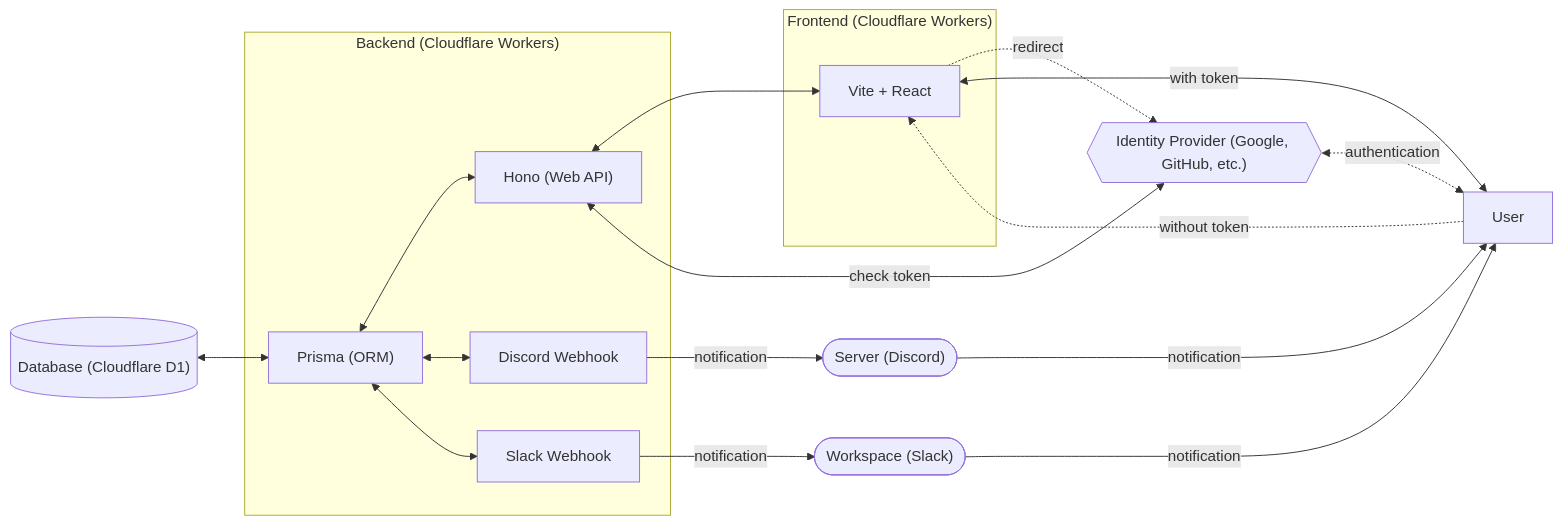
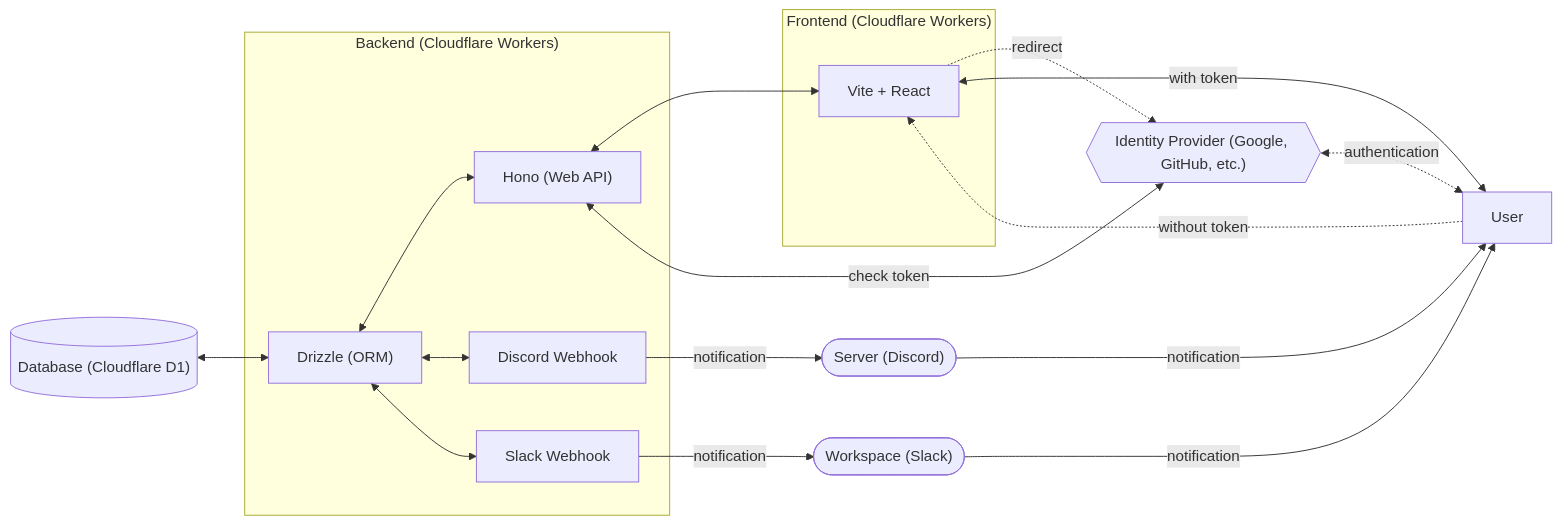
One commit to Myxogastria0808/debt-manager changed the second of 3 diagrams in README.md. Above: the diagram before and after it, drawn with Mermaid. The commit also changed other lines of this file and 2 other files, not shown here.

````diff
--- a/README.md
+++ b/README.md
@@ -127,22 +124,22 @@
 ```mermaid
 graph LR;
-    db[("Database (Cloudflare D1)")] <--> prisma["Prisma (ORM)"]
+    db[("Database (Cloudflare D1)")] <--> drizzle["Drizzle (ORM)"]
     subgraph "Backend (Cloudflare Workers)"
-        prisma["Prisma (ORM)"] <--> hono["Hono (Web API)"]
-        prisma["Prisma (ORM)"] <--> discord["Discord Webhook"]
-        prisma["Prisma (ORM)"] <--> slack["Slack Webhook"]
+        drizzle["Drizzle (ORM)"] <--> hono["Hono (Web API)"]
+        drizzle["Drizzle (ORM)"] <--> discord["Discord Webhook"]
+        drizzle["Drizzle (ORM)"] <--> slack["Slack Webhook"]
     end
     hono["Hono (Web API)"] <--> frontend["Vite + React"]
     subgraph "Frontend (Cloudflare Workers)"
         frontend["Vite + React"]
     end
     idp{{"Identity Provider (Google, GitHub, etc.)"}} <-.authentication.-> user["User"]
     idp{{"Identity Provider (Google, GitHub, etc.)"}} <--check token--> hono["Hono (Web API)"]
     frontend["Vite + React"] -.redirect.-> idp{{"Identity Provider (Google, GitHub, etc.)"}}
     user["User"] <--with token--> frontend["Vite + React"]
     user["User"] -.without token.-> frontend["Vite + React"]
     discord["Discord Webhook"] --notification--> server(["Server (Discord)"])
     slack["Slack Webhook"] --notification--> workspace(["Workspace (Slack)"])
     server(["Server (Discord)"]) --notification--> user["User"]
     workspace(["Workspace (Slack)"]) --notification--> user["User"]
 ```
````
